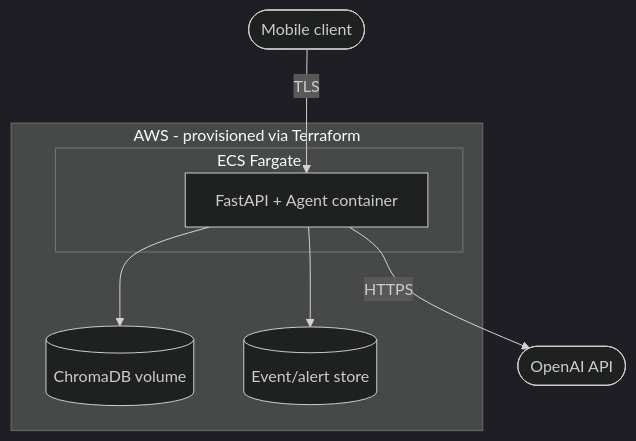
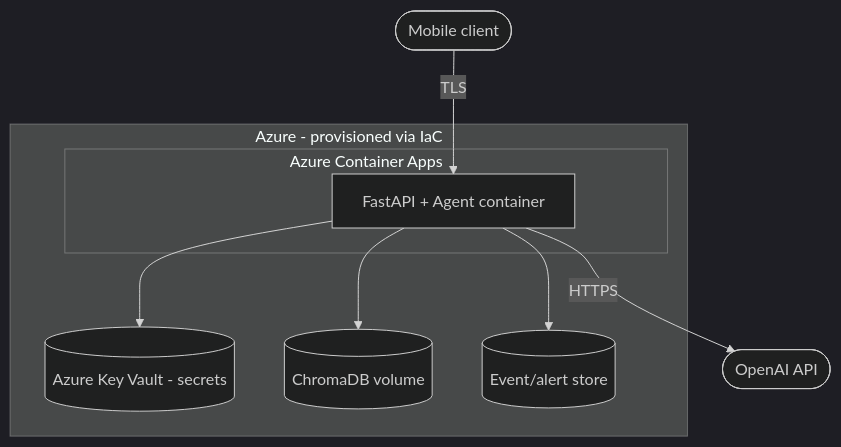
Before and after one commit to naratech-eng/mobile-ai-soc-analyst: the fourth of 4 diagrams in docs/engineering/system-design.md, drawn with Mermaid (dark theme). The commit also changed 6 other files, not shown here.

First line of the commit message:
Migrate infra references from AWS to Azure; target Android and iOS from day one

````diff
--- a/docs/engineering/system-design.md
+++ b/docs/engineering/system-design.md
@@ -73,14 +73,16 @@
 ```mermaid
 flowchart TB
-    subgraph AWS[AWS - provisioned via Terraform]
-        subgraph ECS[ECS Fargate]
+    subgraph Azure[Azure - provisioned via IaC]
+        subgraph CA[Azure Container Apps]
             SVC[FastAPI + Agent container]
         end
+        KV[(Azure Key Vault - secrets)]
         VEC[(ChromaDB volume)]
         STORE[(Event/alert store)]
     end
     MOB([Mobile client]) -->|TLS| SVC
     SVC --> VEC
     SVC --> STORE
+    SVC --> KV
     SVC -->|HTTPS| OPENAI([OpenAI API])
 ```
````
